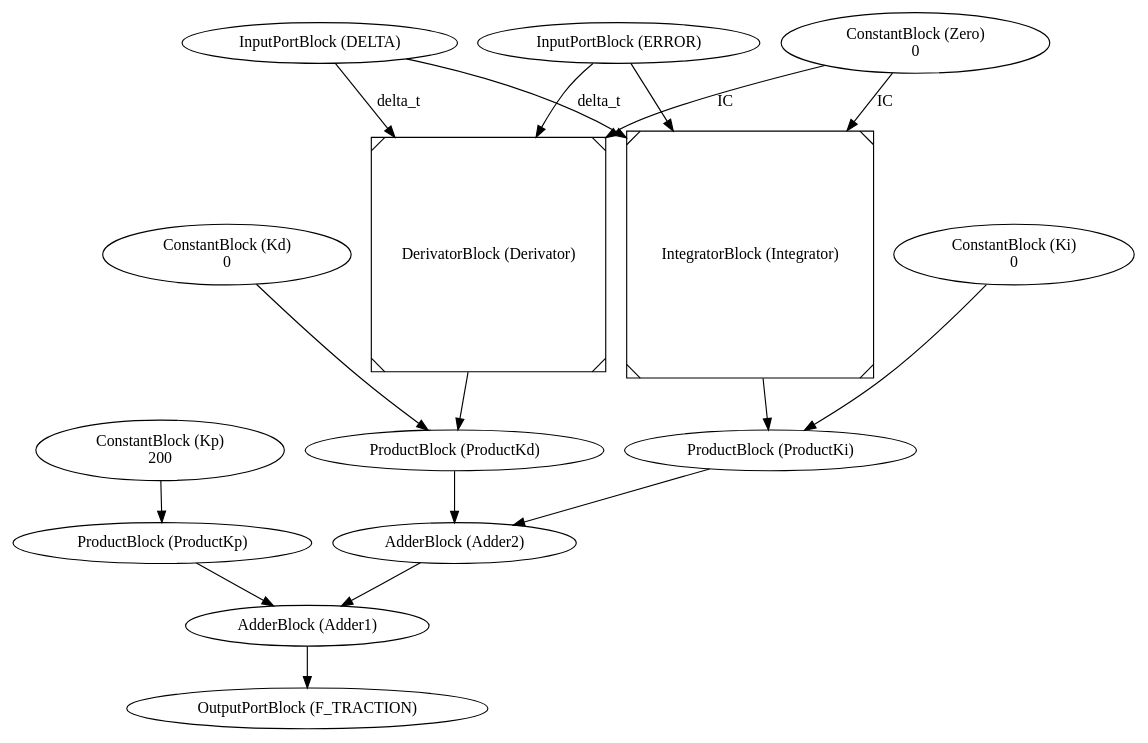
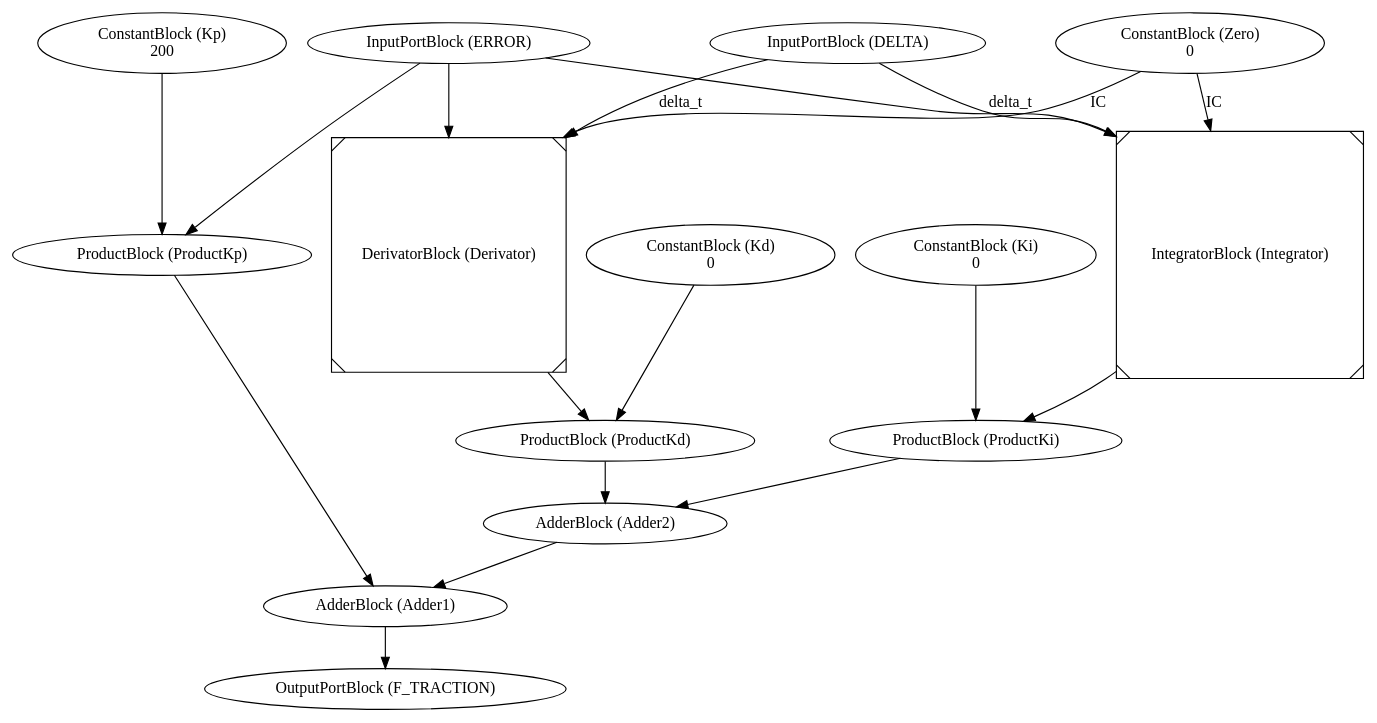
The diagram in 3CBD Continuous/CBD/output/PIDControllerCBD.dot (desmetr/MoSIS), drawn with Graphviz before and after one commit. The commit also changed 2 other files, not shown here.

```diff
--- a/3CBD Continuous/CBD/output/PIDControllerCBD.dot
+++ b/3CBD Continuous/CBD/output/PIDControllerCBD.dot
@@ -1,33 +1,34 @@
 digraph graphname
 {ERROR [label="InputPortBlock (ERROR)"];
 DELTA [label="InputPortBlock (DELTA)"];
 F_TRACTION [label="OutputPortBlock (F_TRACTION)"];
 Adder1 -> F_TRACTION [label=""];
 Zero [label="ConstantBlock (Zero)\n0"];
 Kp [label="ConstantBlock (Kp)\n200"];
 Ki [label="ConstantBlock (Ki)\n0"];
 Kd [label="ConstantBlock (Kd)\n0"];
 Adder1 [label="AdderBlock (Adder1)"];
 ProductKp -> Adder1 [label=""];
 Adder2 -> Adder1 [label=""];
 Adder2 [label="AdderBlock (Adder2)"];
 ProductKd -> Adder2 [label=""];
 ProductKi -> Adder2 [label=""];
 ProductKp [label="ProductBlock (ProductKp)"];
 Kp -> ProductKp [label=""];
+ERROR -> ProductKp [label=""];
 ProductKi [label="ProductBlock (ProductKi)"];
 Ki -> ProductKi [label=""];
 Integrator -> ProductKi [label=""];
 ProductKd [label="ProductBlock (ProductKd)"];
 Kd -> ProductKd [label=""];
 Derivator -> ProductKd [label=""];
 Integrator [label="IntegratorBlock (Integrator)",shape=Msquare];
 DELTA -> Integrator [label="delta_t"];
 Zero -> Integrator [label="IC"];
 ERROR -> Integrator [label=""];
 Derivator [label="DerivatorBlock (Derivator)",shape=Msquare];
 DELTA -> Derivator [label="delta_t"];
 Zero -> Derivator [label="IC"];
 ERROR -> Derivator [label=""];
 
 }
```
